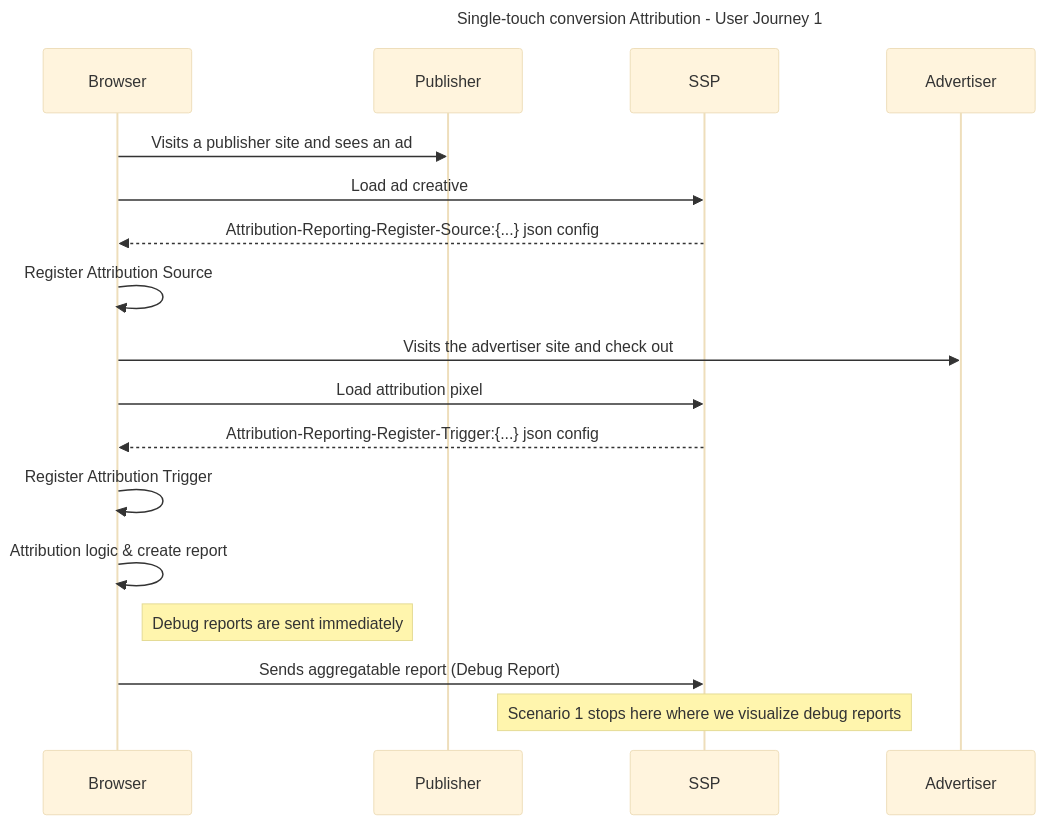
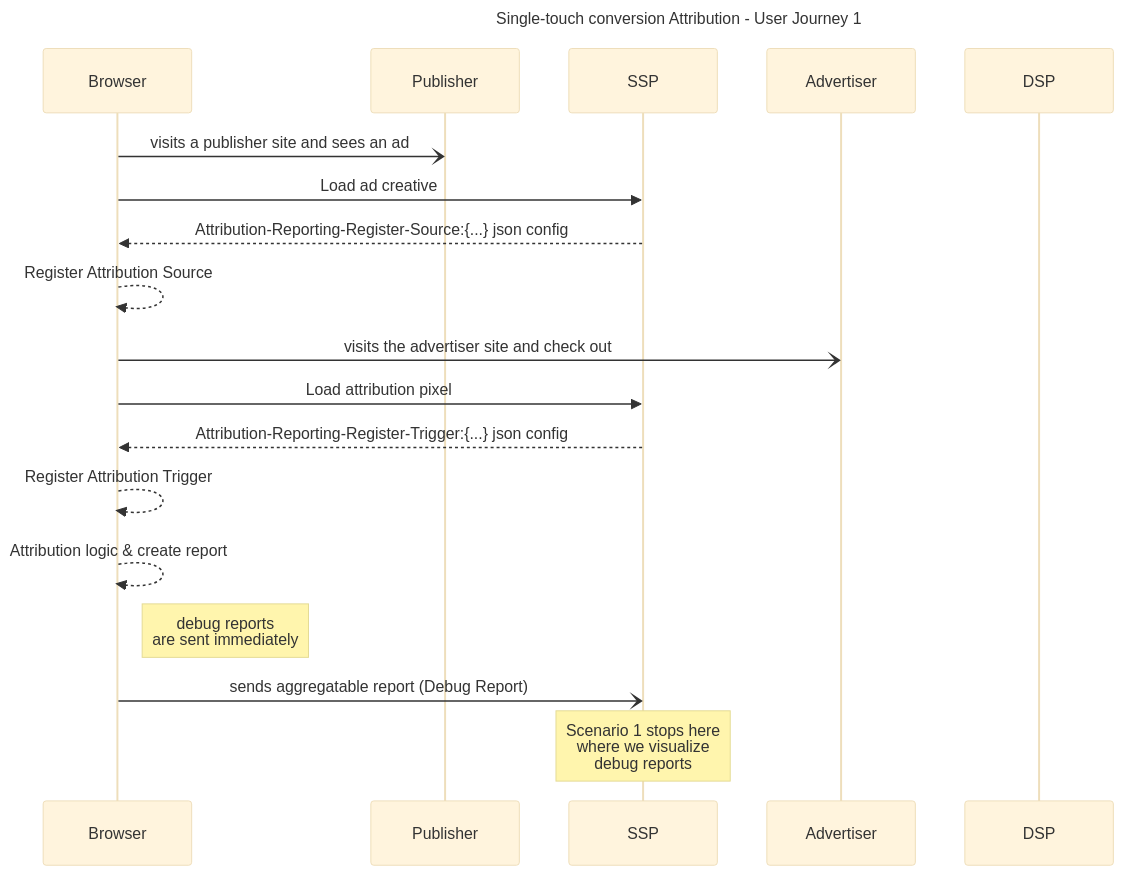
Before and after one commit to JackJey/privacy-sandcastle: the diagram in services/home/docs/demos/single-touch-conversion-attribution.md, drawn with Mermaid (base theme). The commit also changed other lines of this file and 2 other files, not shown here.

Commit message:
Fix use case : single-touch conversion attribution
Update sequence diagram in mermaid format

````diff
--- a/services/home/docs/demos/single-touch-conversion-attribution.md
+++ b/services/home/docs/demos/single-touch-conversion-attribution.md
@@ -75,22 +61,30 @@
 ```mermaid
 sequenceDiagram
-  Title: Single-touch conversion Attribution - User Journey 1
+Title: Single-touch conversion Attribution - User Journey 1
 
-  participant Browser
-  participant Publisher
-  participant SSP
-  participant Advertiser
+participant Browser
+participant Publisher
+participant SSP
+participant Advertiser
+participant DSP
 
-  Browser->>Publisher: Visits a publisher site and sees an ad
-  Browser->>SSP: Load ad creative
-  SSP-->>Browser: Attribution-Reporting-Register-Source:{...} json config
-  Browser->>Browser: Register Attribution Source
-  Browser->>Advertiser: Visits the advertiser site and check out
-  Browser->>SSP: Load attribution pixel
-  SSP-->>Browser: Attribution-Reporting-Register-Trigger:{...} json config
-  Browser->>Browser: Register Attribution Trigger
-  Browser->>Browser: Attribution logic & create report
-  Note right of Browser: Debug reports are sent immediately
-  Browser->>SSP: Sends aggregatable report (Debug Report)
-  Note over SSP: Scenario 1 stops here where we visualize debug reports
+Browser-)Publisher:visits a publisher site and sees an ad
+Browser->>SSP:Load ad creative
+SSP-->>Browser:Attribution-Reporting-Register-Source:{...} json config
+
+Browser-->>Browser:Register Attribution Source
+
+
+Browser-)Advertiser:visits the advertiser site and check out
+Browser->>SSP: Load attribution pixel
+SSP-->>Browser:Attribution-Reporting-Register-Trigger:{...} json config
+
+Browser-->>Browser:Register Attribution Trigger
+
+Browser-->>Browser:Attribution logic & create report
+
+Note right of Browser: debug reports <br/>are sent immediately
+Browser-)SSP:sends aggregatable report (Debug Report)
+
+Note over SSP:Scenario 1 stops here<br/>where we visualize<br/>debug reports
 ```
````
